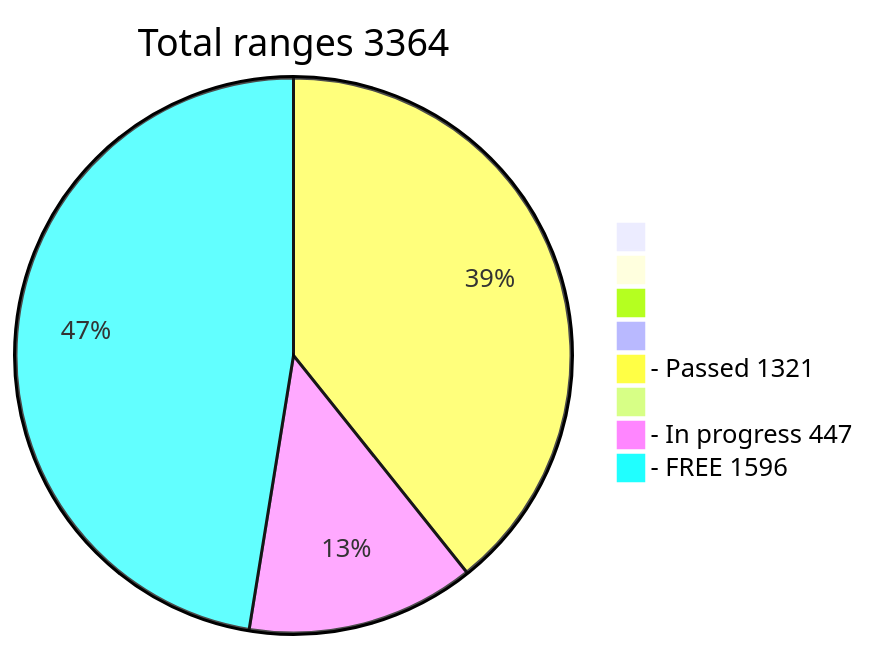
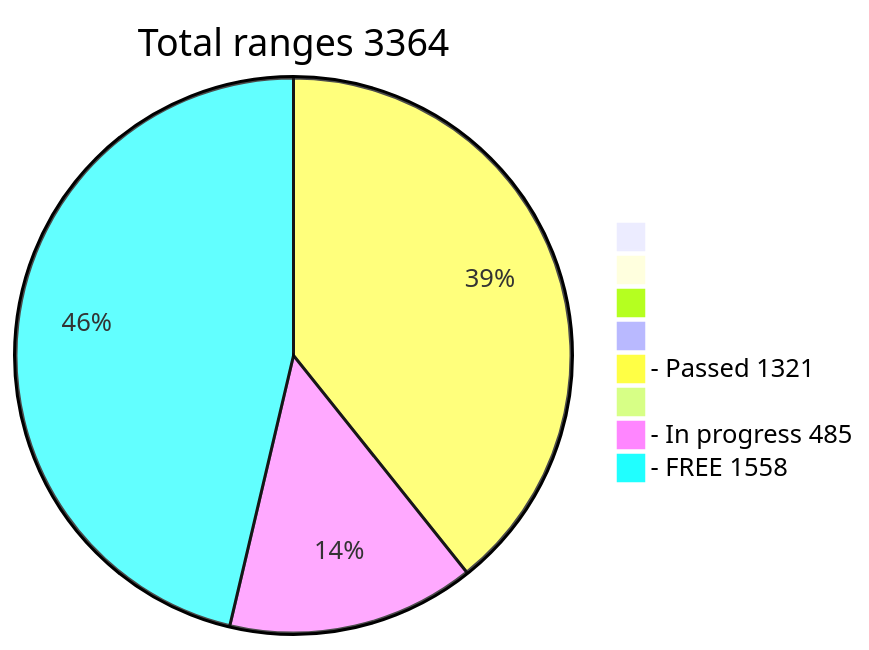
Before and after one commit to phrutis/wif500: the diagram in README.md, drawn with Mermaid.

````diff
--- a/README.md
+++ b/README.md
@@ -16,12 +16,12 @@
 ```mermaid
 pie title Total ranges 3364
              " " : 0
             "  " : 0
            "   " : 0
           "    " : 0
   "- Passed 1321" : 1321
          "     " : 0
-  "- In progress 447" : 447
-   "- FREE 1596" : 1596
+  "- In progress 485" : 485
+   "- FREE 1558" : 1558
    
 ```
````
